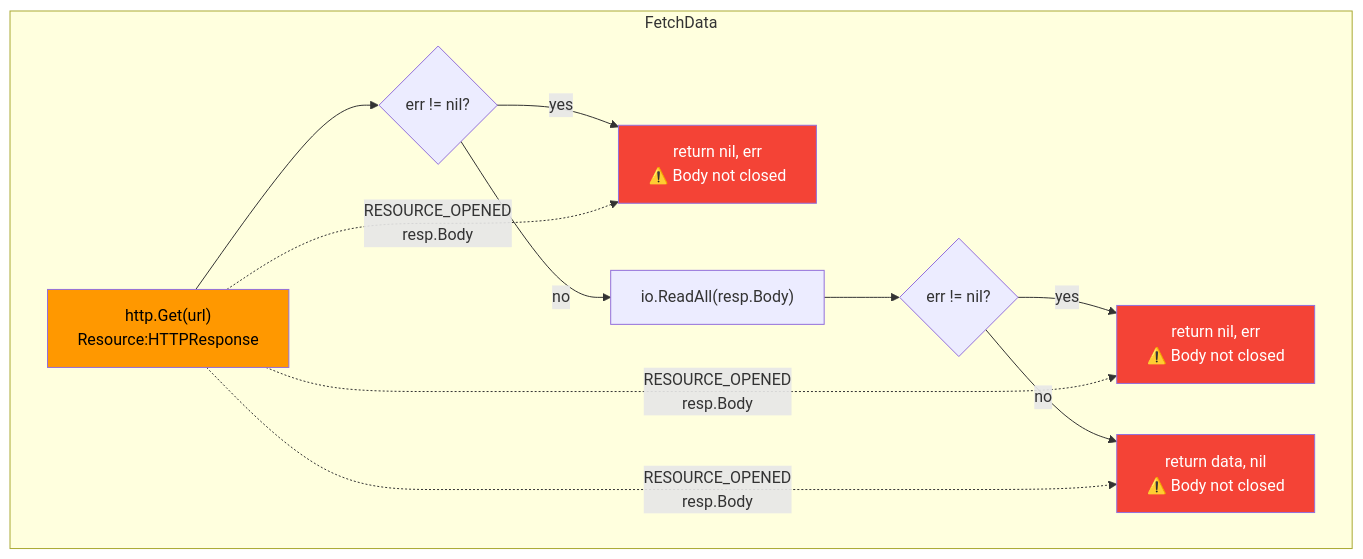
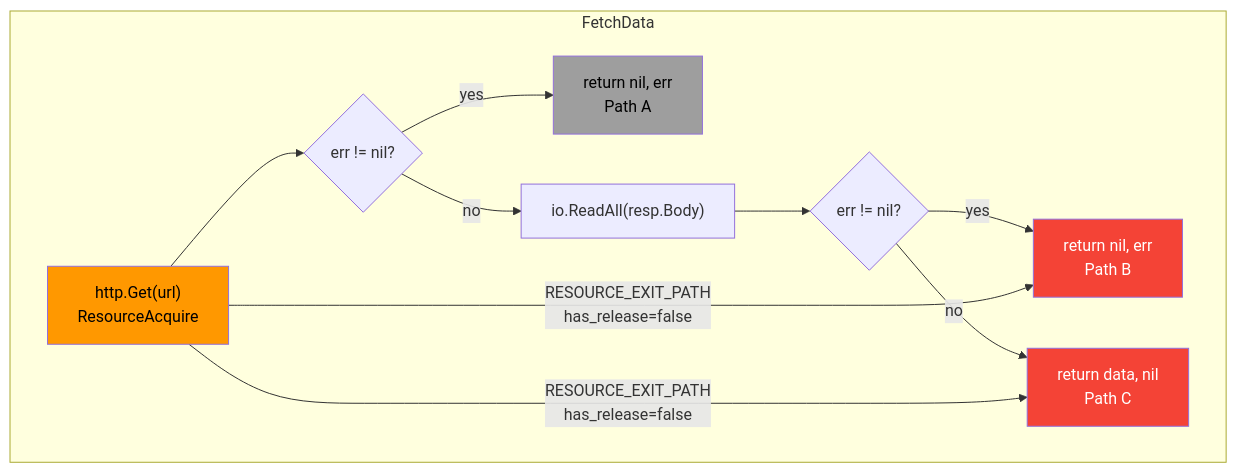
Before and after one commit to ricochet1k/orbitmesh: the sixth of 6 diagrams in docs/CodeFlow/customizable-analysis-rules-review.md, drawn with Mermaid. The commit also changed other lines of this file, not shown here.

````diff
--- a/docs/CodeFlow/customizable-analysis-rules-review.md
+++ b/docs/CodeFlow/customizable-analysis-rules-review.md
@@ -1147,28 +1572,27 @@
 ```mermaid
 graph TD
     subgraph "FetchData"
-        CALL["http.Get(url)<br/>Resource:HTTPResponse"]
+        GET["http.Get(url)<br/>ResourceAcquire"]
         ERR1{"err != nil?"}
-        RET1["return nil, err<br/>⚠️ Body not closed"]
+        RET_A["return nil, err<br/>Path A"]
         READ["io.ReadAll(resp.Body)"]
         ERR2{"err != nil?"}
-        RET2["return nil, err<br/>⚠️ Body not closed"]
-        RET3["return data, nil<br/>⚠️ Body not closed"]
+        RET_B["return nil, err<br/>Path B"]
+        RET_C["return data, nil<br/>Path C"]
     end
 
-    CALL --> ERR1
-    ERR1 -- "yes" --> RET1
+    GET --> ERR1
+    ERR1 -- "yes" --> RET_A
     ERR1 -- "no" --> READ
     READ --> ERR2
-    ERR2 -- "yes" --> RET2
-    ERR2 -- "no" --> RET3
+    ERR2 -- "yes" --> RET_B
+    ERR2 -- "no" --> RET_C
 
-    CALL -. "RESOURCE_OPENED<br/>resp.Body" .-> RET1
-    CALL -. "RESOURCE_OPENED<br/>resp.Body" .-> RET2
-    CALL -. "RESOURCE_OPENED<br/>resp.Body" .-> RET3
+    GET -- "RESOURCE_EXIT_PATH<br/>has_release=false" --> RET_B
+    GET -- "RESOURCE_EXIT_PATH<br/>has_release=false" --> RET_C
 
-    style CALL fill:#ff9800,color:#000
-    style RET1 fill:#f44336,color:#fff
-    style RET2 fill:#f44336,color:#fff
-    style RET3 fill:#f44336,color:#fff
+    style GET fill:#ff9800,color:#000
+    style RET_A fill:#9e9e9e,color:#000
+    style RET_B fill:#f44336,color:#fff
+    style RET_C fill:#f44336,color:#fff
 ```
````
